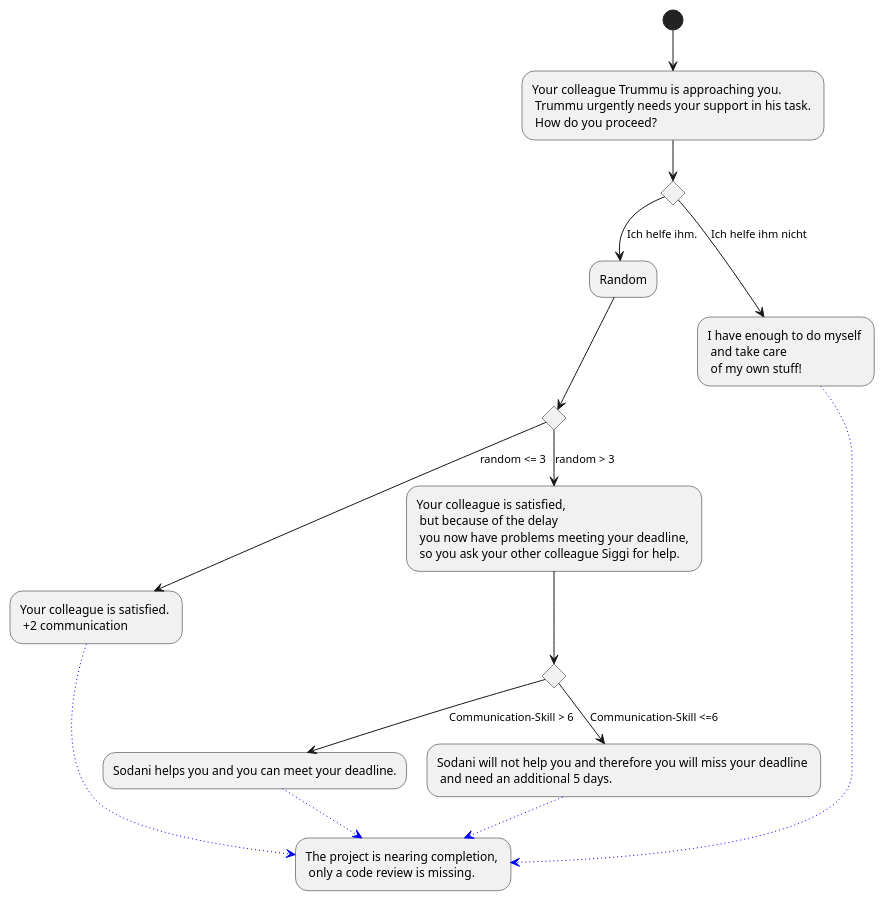
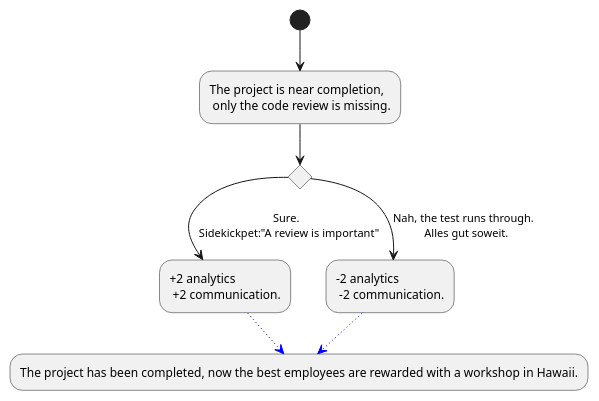
Before and after one commit to Brotenko/QualityQuest: the diagram in Docs/Technical Specifications/docs/diagrams/StoryFlow/StoryFlow_Decision_14.puml, drawn with PlantUML. The commit also changed 28 other files, not shown here.

```diff
--- a/Docs/Technical Specifications/docs/diagrams/StoryFlow/StoryFlow_Decision_14.puml
+++ b/Docs/Technical Specifications/docs/diagrams/StoryFlow/StoryFlow_Decision_14.puml
@@ -1,22 +1,9 @@
 @startuml
-(*) --> "Your colleague Trummu is approaching you.\n Trummu urgently needs your support in his task. \n How do you proceed?"
+(*) --> "The project is near completion, \n only the code review is missing." as ende
 if "" then 
---> [Ich helfe ihm.] "Random"
-if "" then
---> [random <= 3] "Your colleague is satisfied. \n +2 communication" as a
-else
---> [random > 3] "Your colleague is satisfied, \n but because of the delay \n you now have problems meeting your deadline, \n so you ask your other colleague Siggi for help." as b
-if "" then 
---> [Communication-Skill > 6] "Sodani helps you and you can meet your deadline." as c
-else
---> [Communication-Skill <=6] "Sodani will not help you and therefore you will miss your deadline \n and need an additional 5 days."
--[#blue,dotted]-> "The project is nearing completion, \n only a code review is missing." as ende
-endif
-endif
-else
---> [Ich helfe ihm nicht] "I have enough to do myself \n and take care \n of my own stuff!" as assi
-endif
-a -[#blue,dotted]-> ende
-c -[#blue,dotted]-> ende
-assi -[#blue,dotted]-> ende
+--> [Sure. \n Sidekickpet:"A review is important"] "+2 analytics \n +2 communication." as good
+else 
+--> [Nah, the test runs through. \n Alles gut soweit.] "-2 analytics \n -2 communication."
+-[#blue,dotted]-> "The project has been completed, now the best employees are rewarded with a workshop in Hawaii." as shop
+good -[#blue,dotted]-> shop
 @enduml
```
